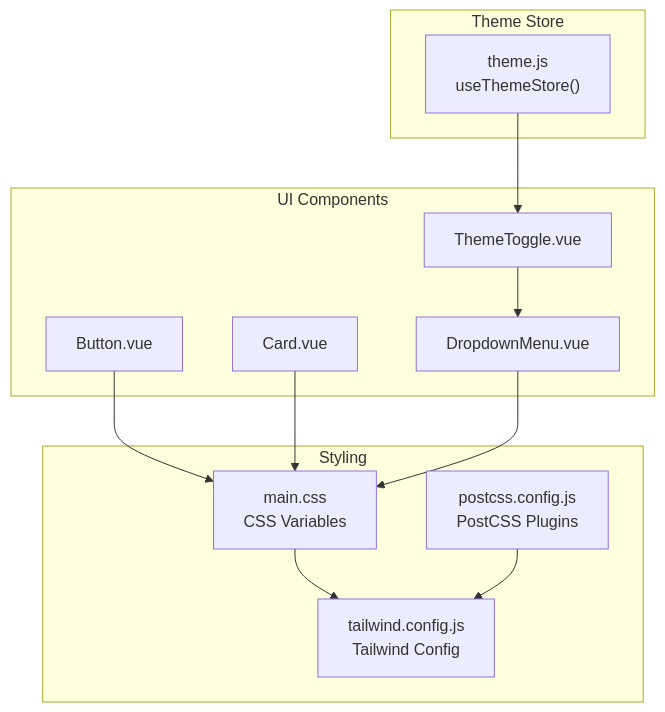
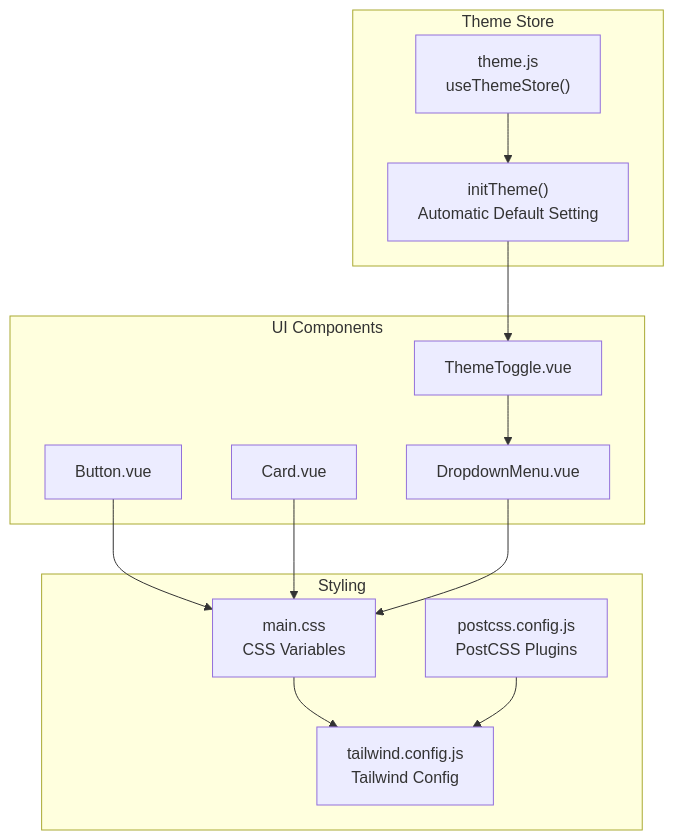
Before and after one commit to Nikita5543/New-SSO-02: the first of 7 diagrams in .qoder/repowiki/en/content/Frontend Architecture/Theming and Customization.md, drawn with Mermaid. The commit also changed other lines of this file and 3 other files, not shown here.

````diff
--- a/.qoder/repowiki/en/content/Frontend Architecture/Theming and Customization.md
+++ b/.qoder/repowiki/en/content/Frontend Architecture/Theming and Customization.md
@@ -40,24 +48,26 @@
 ```mermaid
 graph TB
 subgraph "Theme Store"
 TS["theme.js<br/>useThemeStore()"]
+INIT["initTheme()<br/>Automatic Default Setting"]
 end
 subgraph "UI Components"
 TT["ThemeToggle.vue"]
 BTN["Button.vue"]
 CARD["Card.vue"]
 DD["DropdownMenu.vue"]
 end
 subgraph "Styling"
 CSS["main.css<br/>CSS Variables"]
 TW["tailwind.config.js<br/>Tailwind Config"]
 PC["postcss.config.js<br/>PostCSS Plugins"]
 end
-TS --> TT
+TS --> INIT
+INIT --> TT
 TT --> DD
 BTN --> CSS
 CARD --> CSS
 DD --> CSS
 CSS --> TW
 PC --> TW
 ```
````
